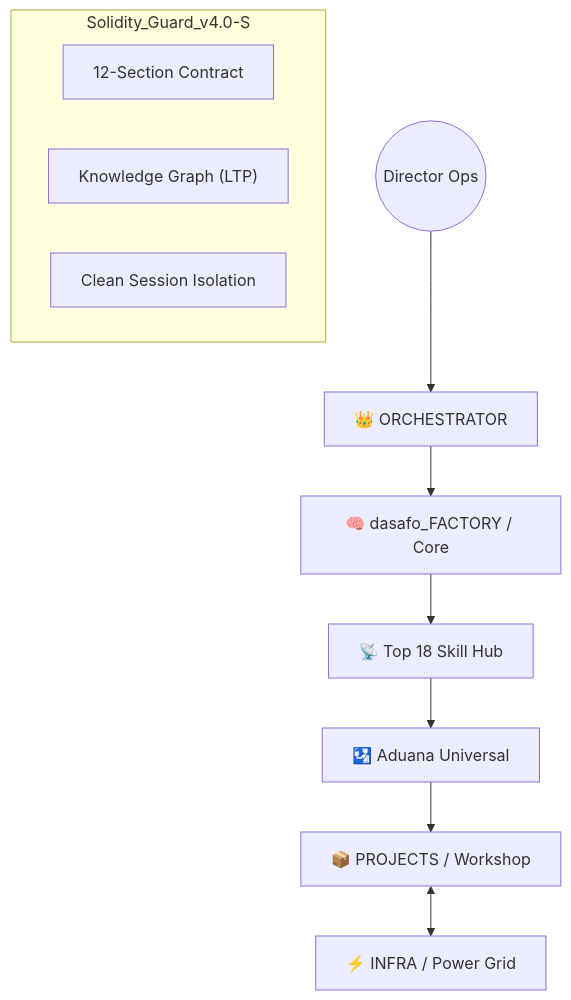
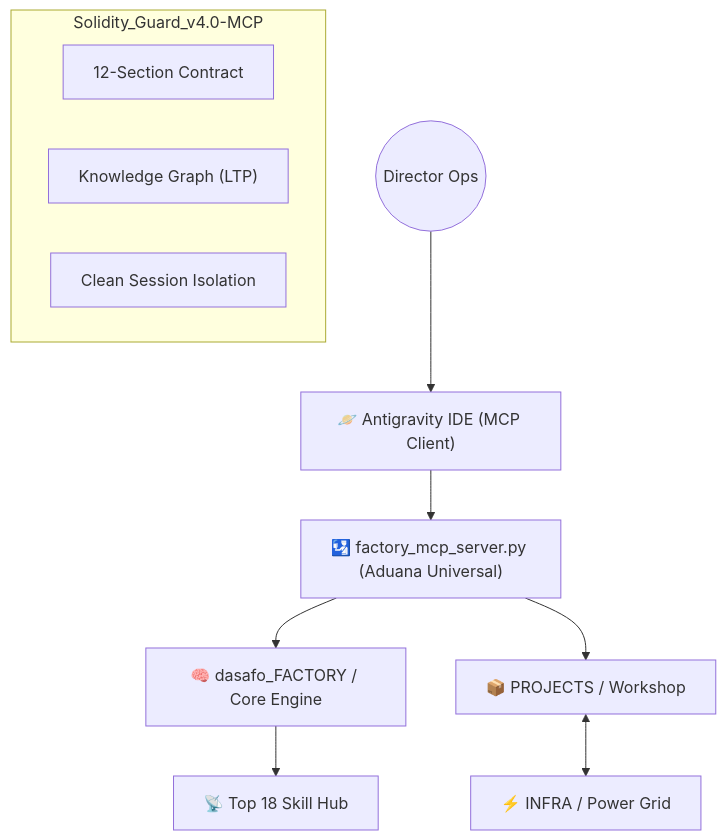
Before and after one commit to dasafo/dasafo_Systems: the diagram in README.md, drawn with Mermaid. The commit also changed other lines of this file and 9 other files, not shown here.

Commit message:
refactor: transition system architecture to native MCP bridge and update operational documentation

`````diff
--- a/README.md
+++ b/README.md
@@ -24,15 +25,15 @@
 ```mermaid
 graph TD
-    User((Director Ops)) --> Orch["👑 ORCHESTRATOR"]
-    Orch --> Factory["🧠 dasafo_FACTORY / Core"]
+    User((Director Ops)) --> Antigravity["🪐 Antigravity IDE (MCP Client)"]
+    Antigravity --> Server["🛂 factory_mcp_server.py (Aduana Universal)"]
+    Server --> Factory["🧠 dasafo_FACTORY / Core Engine"]
     Factory --> Hub["📡 Top 18 Skill Hub"]
-    Hub --> Gate["🛂 Aduana Universal"]
-    Gate --> Projects["📦 PROJECTS / Workshop"]
+    Server --> Projects["📦 PROJECTS / Workshop"]
     Projects <--> Infra["⚡ INFRA / Power Grid"]
 
-    subgraph Solidity_Guard_v4.0-S
+    subgraph Solidity_Guard_v4.0-MCP
         PRP["12-Section Contract"]
         Neo4j["Knowledge Graph (LTP)"]
         Clean["Clean Session Isolation"]
     end
-```
+````
`````
